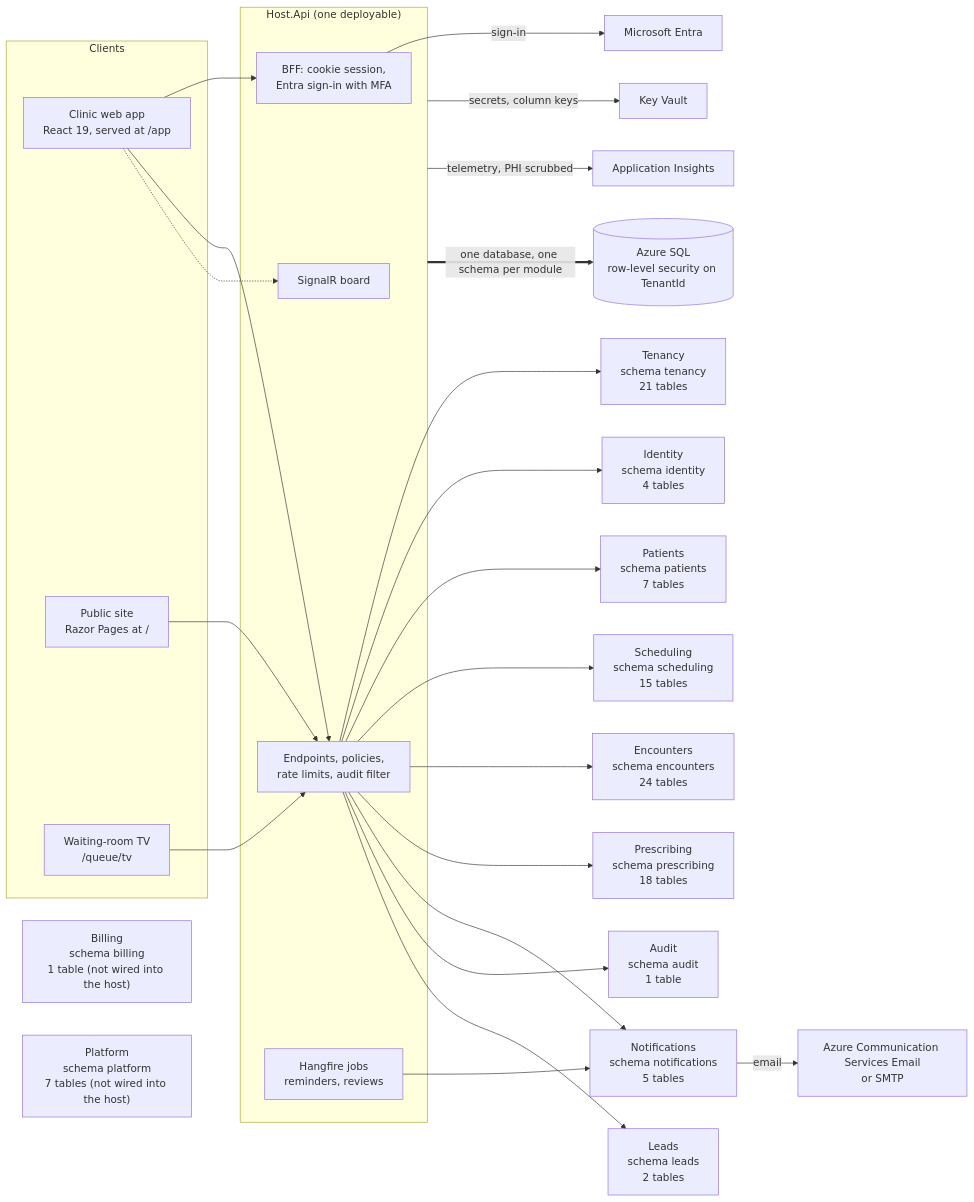
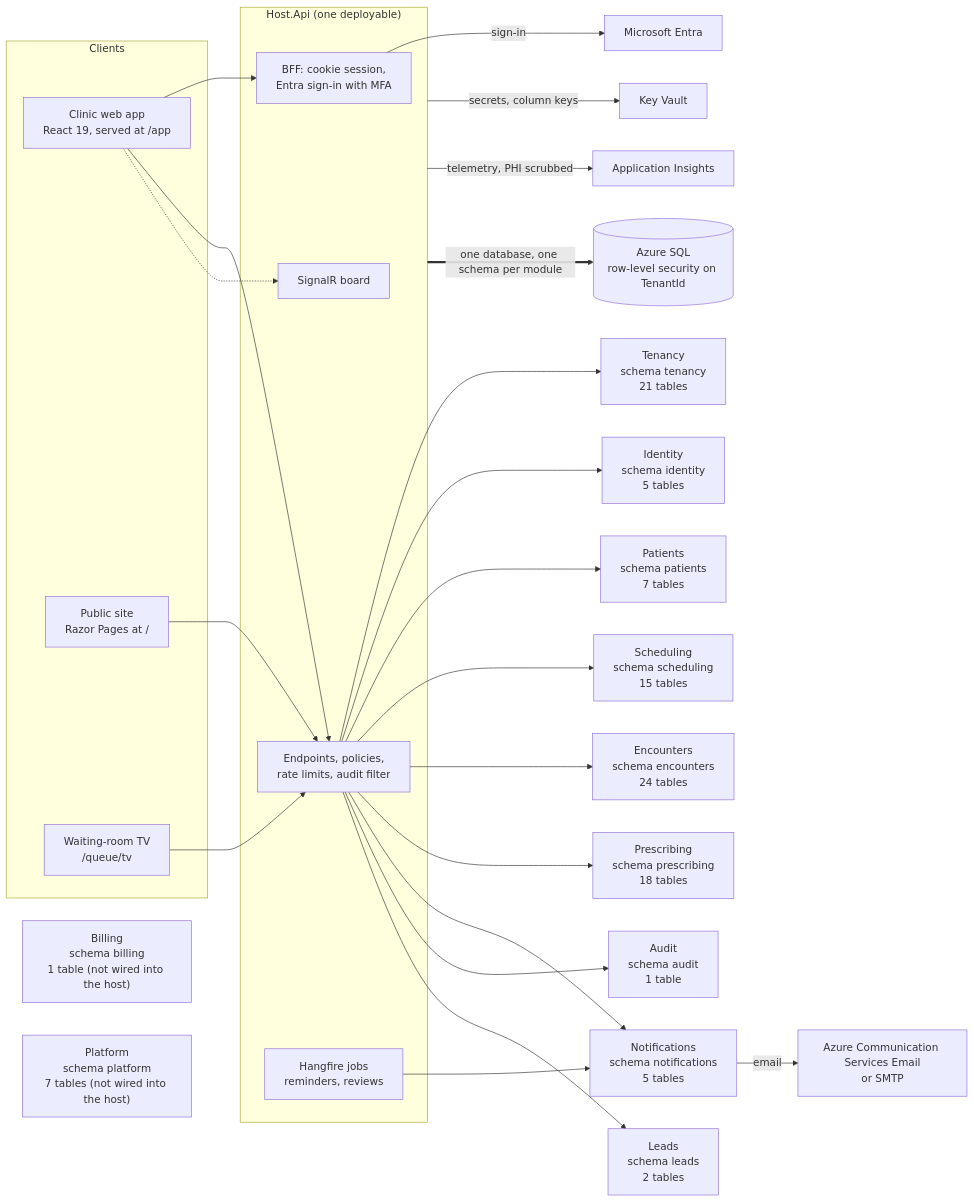
One commit to ALFRED-LUCIFER/medvya changed the first of 14 diagrams in docs/03-architecture/erd.md. Above: the diagram before and after it, drawn with Mermaid. The commit also changed other lines of this file and 30 other files, not shown here.

````diff
--- a/docs/03-architecture/erd.md
+++ b/docs/03-architecture/erd.md
@@ -15,36 +15,36 @@
 ```mermaid
 flowchart LR
   subgraph Clients
     web["Clinic web app<br/>React 19, served at /app"]
     site["Public site<br/>Razor Pages at /"]
     tv["Waiting-room TV<br/>/queue/tv"]
   end
   subgraph Host["Host.Api (one deployable)"]
     bff["BFF: cookie session,<br/>Entra sign-in with MFA"]
     api["Endpoints, policies,<br/>rate limits, audit filter"]
     hub["SignalR board"]
     jobs["Hangfire jobs<br/>reminders, reviews"]
   end
   web --> bff
   web --> api
   web -.-> hub
   tv --> api
   site --> api
   api --> Tenancy["Tenancy<br/>schema tenancy<br/>21 tables"]
-  api --> Identity["Identity<br/>schema identity<br/>4 tables"]
+  api --> Identity["Identity<br/>schema identity<br/>5 tables"]
   api --> Patients["Patients<br/>schema patients<br/>7 tables"]
   api --> Scheduling["Scheduling<br/>schema scheduling<br/>15 tables"]
   api --> Encounters["Encounters<br/>schema encounters<br/>24 tables"]
   api --> Prescribing["Prescribing<br/>schema prescribing<br/>18 tables"]
   api --> Notifications["Notifications<br/>schema notifications<br/>5 tables"]
   api --> Audit["Audit<br/>schema audit<br/>1 table"]
   api --> Leads["Leads<br/>schema leads<br/>2 tables"]
   Billing["Billing<br/>schema billing<br/>1 table (not wired into the host)"]
   Platform["Platform<br/>schema platform<br/>7 tables (not wired into the host)"]
   jobs --> Notifications
   bff -->|"sign-in"| entra["Microsoft Entra"]
   Notifications -->|"email"| mail["Azure Communication Services Email<br/>or SMTP"]
   Host -->|"secrets, column keys"| kv["Key Vault"]
   Host -->|"telemetry, PHI scrubbed"| ai["Application Insights"]
   Host ==>|"one database, one schema per module"| sql[("Azure SQL<br/>row-level security on TenantId")]
 ```
````
